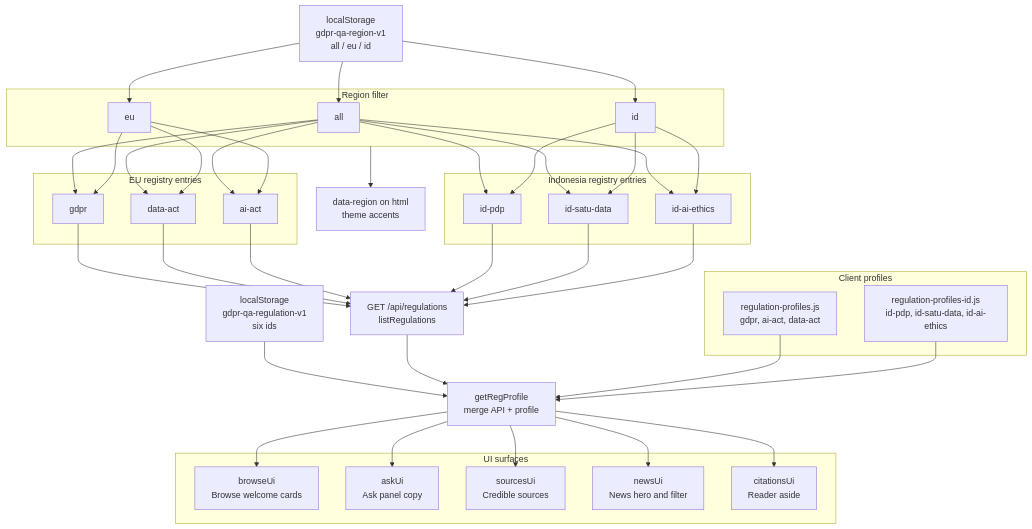
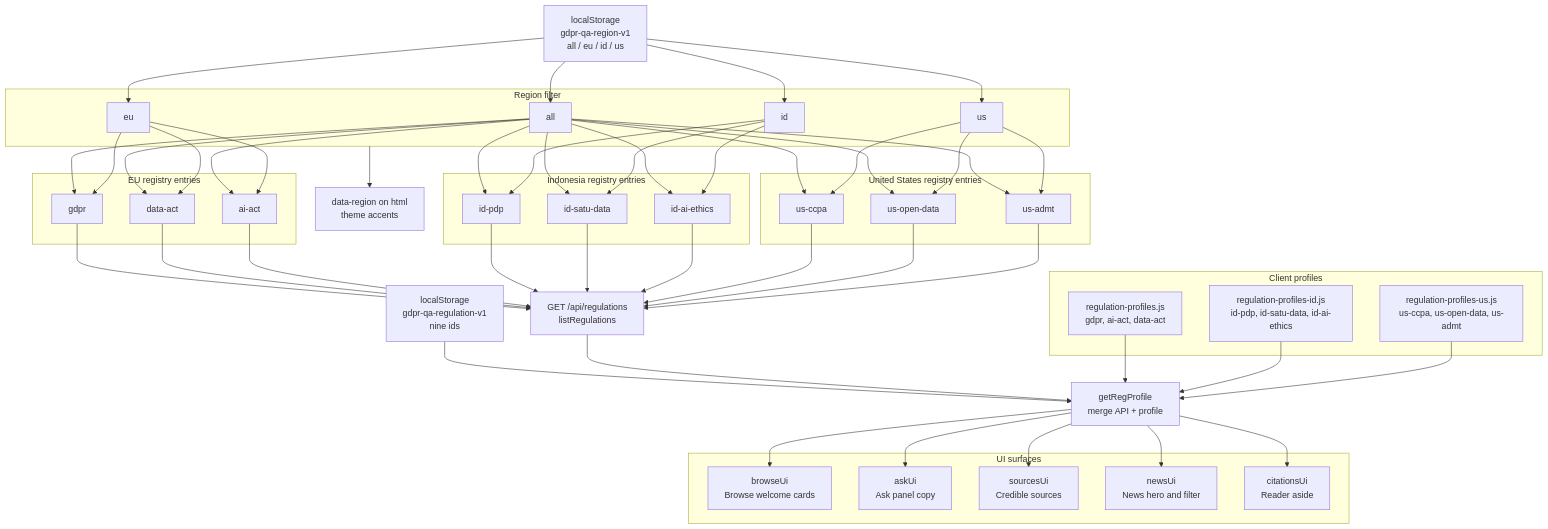
Before and after one commit to RifqiMT/gdpr-qa-platform: the third of 6 diagrams in docs/VARIABLES.md, drawn with Mermaid. The commit also changed other lines of this file and 51 other files, not shown here.

````diff
--- a/docs/VARIABLES.md
+++ b/docs/VARIABLES.md
@@ -849,12 +927,13 @@
 ```mermaid
 flowchart TD
-  LS1["localStorage<br/>gdpr-qa-region-v1<br/>all / eu / id"]
-  LS2["localStorage<br/>gdpr-qa-regulation-v1<br/>six ids"]
+  LS1["localStorage<br/>gdpr-qa-region-v1<br/>all / eu / id / us"]
+  LS2["localStorage<br/>gdpr-qa-regulation-v1<br/>nine ids"]
 
   subgraph Region["Region filter"]
     ALL["all"]
     EU["eu"]
     ID["id"]
+    US["us"]
   end
 
   subgraph EUReg["EU registry entries"]
@@ -869,9 +948,16 @@
     AE["id-ai-ethics"]
   end
 
+  subgraph USReg["United States registry entries"]
+    CCPA["us-ccpa"]
+    OPEN["us-open-data"]
+    ADMT["us-admt"]
+  end
+
   subgraph Profiles["Client profiles"]
     P1["regulation-profiles.js<br/>gdpr, ai-act, data-act"]
     P2["regulation-profiles-id.js<br/>id-pdp, id-satu-data, id-ai-ethics"]
+    P3["regulation-profiles-us.js<br/>us-ccpa, us-open-data, us-admt"]
   end
 
   API["GET /api/regulations<br/>listRegulations"]
@@ -890,18 +976,25 @@
   LS1 --> ALL
   LS1 --> EU
   LS1 --> ID
+  LS1 --> US
   ALL --> GDPR
   ALL --> DA
   ALL --> AI
   ALL --> PDP
   ALL --> SD
   ALL --> AE
+  ALL --> CCPA
+  ALL --> OPEN
+  ALL --> ADMT
   EU --> GDPR
   EU --> DA
   EU --> AI
   ID --> PDP
   ID --> SD
   ID --> AE
+  US --> CCPA
+  US --> OPEN
+  US --> ADMT
   LS2 --> MERGE
   GDPR --> API
   DA --> API
@@ -909,9 +1002,13 @@
   PDP --> API
   SD --> API
   AE --> API
+  CCPA --> API
+  OPEN --> API
+  ADMT --> API
   API --> MERGE
   P1 --> MERGE
   P2 --> MERGE
+  P3 --> MERGE
   MERGE --> BR
   MERGE --> ASK
   MERGE --> SRCUI
````
